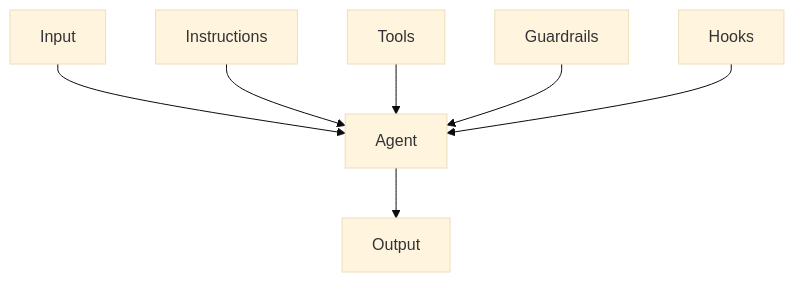
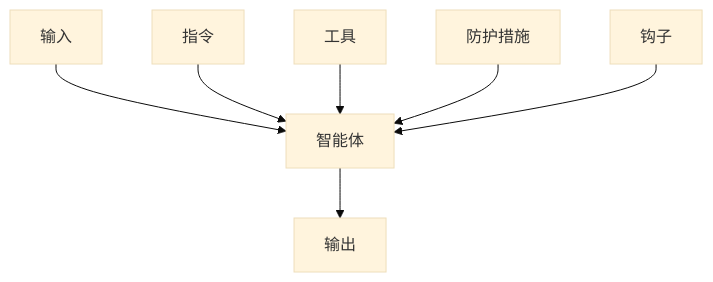
The first of 3 diagrams in contents/zh-CN/LLMBasicNotes.mdx (sabertazimi/blog), drawn with Mermaid (base theme) before and after one commit. The commit also changed other lines of this file and 4 other files, not shown here.

````diff
--- a/contents/zh-CN/LLMBasicNotes.mdx
+++ b/contents/zh-CN/LLMBasicNotes.mdx
@@ -217,9 +217,9 @@
 ```mermaid
 graph TD
-    A[Input] --> B[Agent]
-    B --> C[Output]
-    D[Instructions] --> B
-    E[Tools] --> B
-    F[Guardrails] --> B
-    G[Hooks] --> B
+    A[输入] --> B[智能体]
+    B --> C[输出]
+    D[指令] --> B
+    E[工具] --> B
+    F[防护措施] --> B
+    G[钩子] --> B
 ```
````
